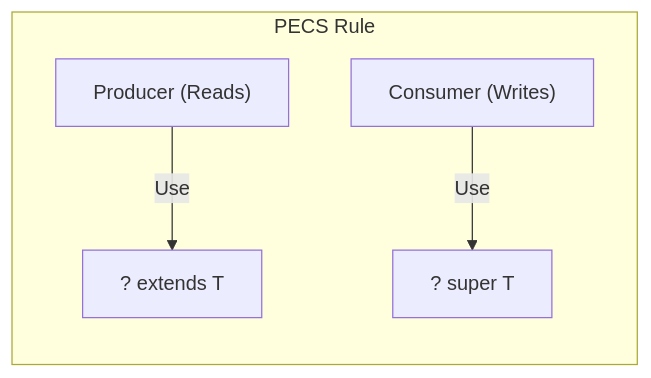
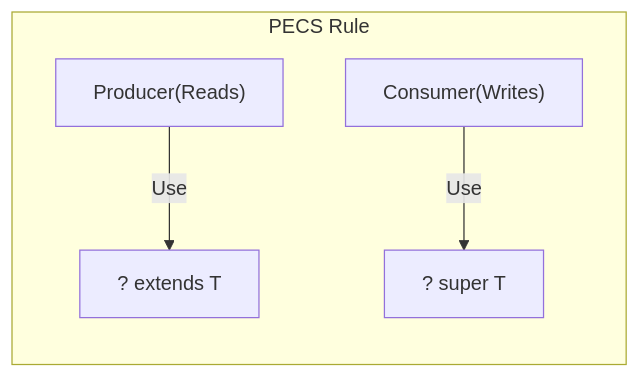
Before and after one commit to pploc/swe-icon-the-moment: the diagram in content/questions/language/java/java-generics-type-erasure.md, drawn with Mermaid. The commit also changed 138 other files, not shown here.

````diff
--- a/content/questions/language/java/java-generics-type-erasure.md
+++ b/content/questions/language/java/java-generics-type-erasure.md
@@ -81,7 +81,9 @@
 ```mermaid
 flowchart LR
     subgraph PECS Rule
-        Producer["Producer (Reads)"] -->|Use| Extends["? extends T"]
-        Consumer["Consumer (Writes)"] -->|Use| Super["? super T"]
+        Producer["Producer(Reads)"] -->|Use| Extends["? extends T"]
+        Consumer["Consumer(Writes)"] -->|Use| Super["? super T"]
     end
+
+
 ```
````
